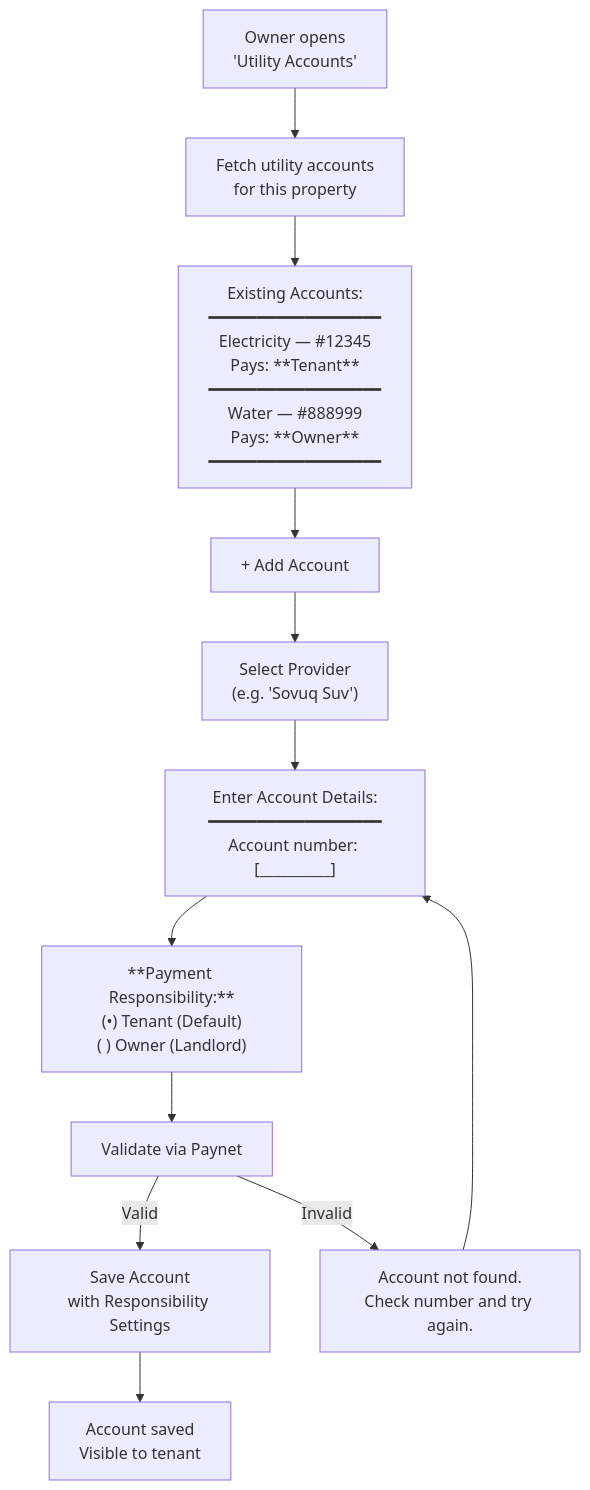
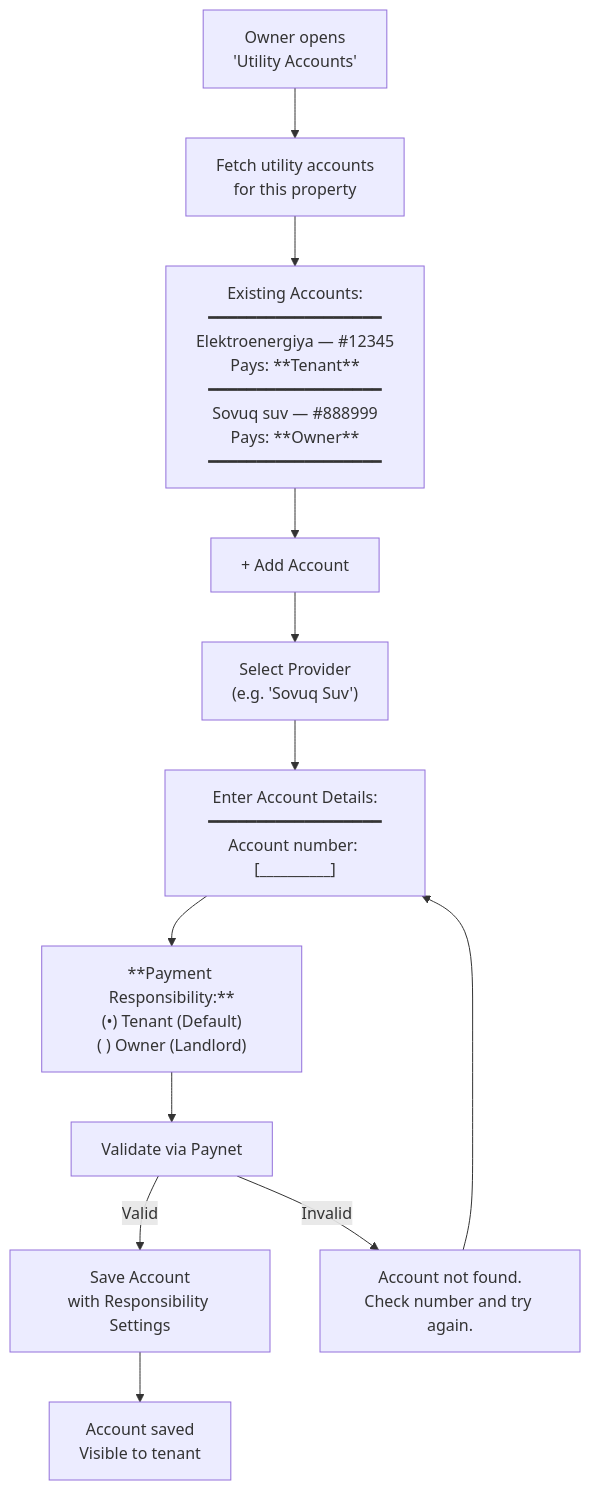
One commit to saodatm-dev/Utilities---Informational-Architecture changed the sixth of 11 diagrams in Utilities - Business Owner.md. Above: the diagram before and after it, drawn with Mermaid. The commit also changed other lines of this file and 1 other file, not shown here.

Commit message:
refactor: Localize utility names to Uzbek, consolidate feature tiers, remove payment service integration, and refine payment flow details.

````diff
--- a/Utilities - Business Owner.md
+++ b/Utilities - Business Owner.md
@@ -194,22 +193,22 @@
 ```mermaid
 flowchart TD
     ACCOUNTS["Owner opens<br/>'Utility Accounts'"] --> LOAD["Fetch utility accounts<br/>for this property"]
 
-    LOAD --> LIST["Existing Accounts:<br/>━━━━━━━━━━━━━━━━━━<br/>Electricity — #12345<br/>  Pays: **Tenant**<br/>━━━━━━━━━━━━━━━━━━<br/>Water — #888999<br/>  Pays: **Owner**<br/>━━━━━━━━━━━━━━━━━━"]
+    LOAD --> LIST["Existing Accounts:<br/>━━━━━━━━━━━━━━━━━━<br/>Elektroenergiya — #12345<br/>  Pays: **Tenant**<br/>━━━━━━━━━━━━━━━━━━<br/>Sovuq suv — #888999<br/>  Pays: **Owner**<br/>━━━━━━━━━━━━━━━━━━"]
 
     LIST --> ADD["+ Add Account"]
 
     ADD --> PROVIDER["Select Provider<br/>(e.g. 'Sovuq Suv')"]
 
     PROVIDER --> INPUT_ACC["Enter Account Details:<br/>━━━━━━━━━━━━━━━━━━<br/>Account number: [__________]"]
 
     INPUT_ACC --> RESP_TOGGLE["**Payment Responsibility:**<br/>(•) Tenant (Default)<br/>( ) Owner (Landlord)"]
 
     RESP_TOGGLE --> VALIDATE["Validate via Paynet"]
 
     VALIDATE -->|"Valid"| SAVE["Save Account<br/>with Responsibility Settings"]
     VALIDATE -->|"Invalid"| NOT_FOUND["Account not found.<br/>Check number and try again."]
     NOT_FOUND --> INPUT_ACC
 
     SAVE --> SAVED["Account saved<br/>Visible to tenant"]
 ```
````
